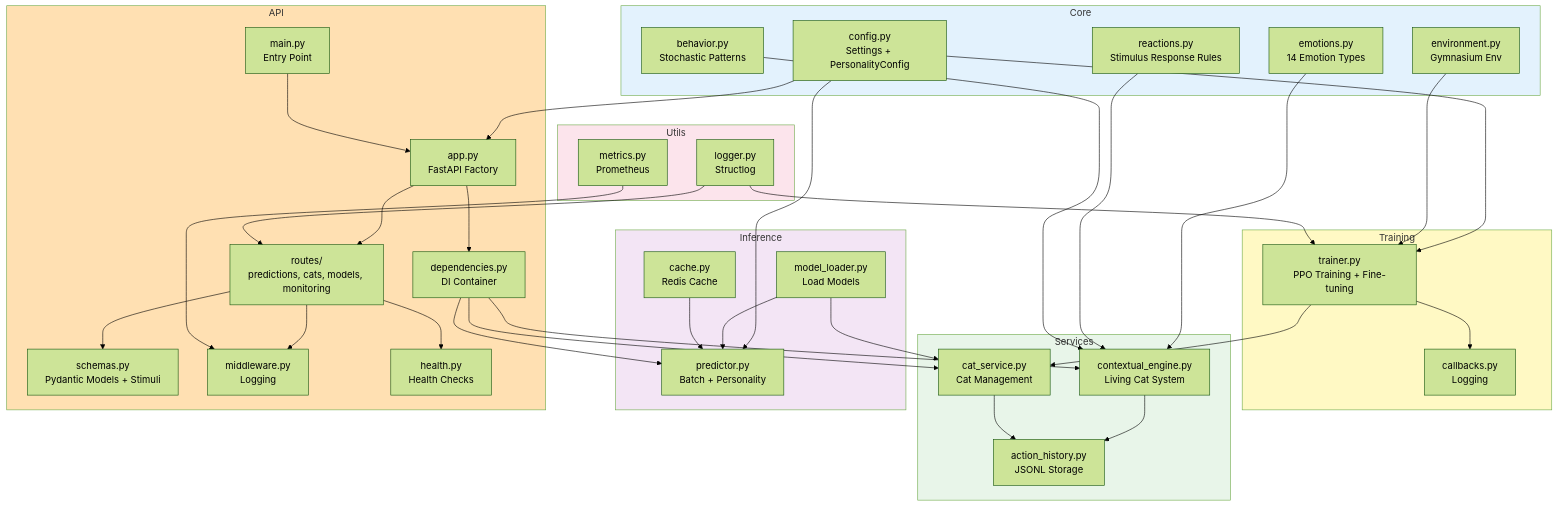
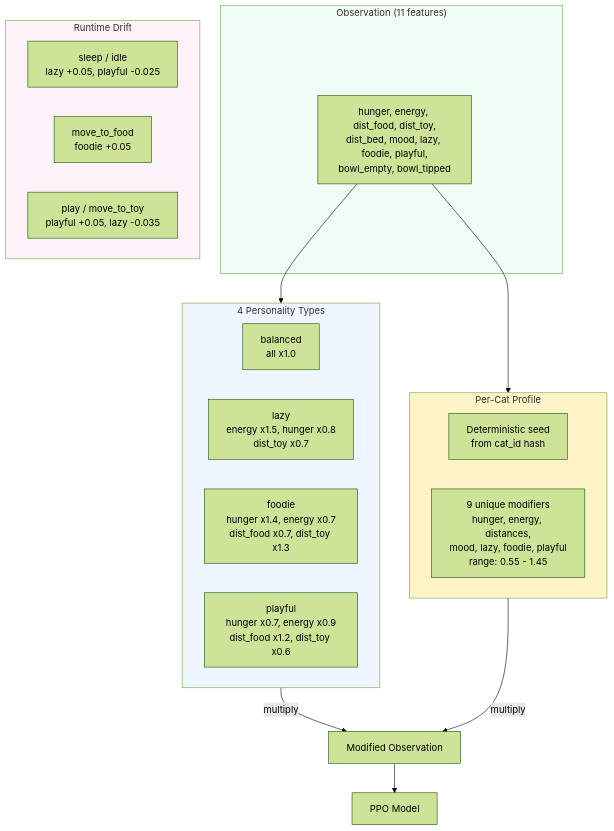
The fifth of 6 diagrams in README.md (tantaneity/cat-brain-service), drawn with Mermaid (forest theme) before and after one commit. The commit also changed other lines of this file, not shown here.

Commit message:
docs(readme): update architecture diagrams to match actual codebase

````diff
--- a/README.md
+++ b/README.md
@@ -311,82 +245,33 @@
 ```mermaid
 graph TD
-    subgraph Core
-        ENV[environment.py<br/>Gymnasium Env]
-        CONFIG[config.py<br/>Settings + PersonalityConfig]
-        EMOTIONS[emotions.py<br/>14 Emotion Types]
-        REACTIONS[reactions.py<br/>Stimulus Response Rules]
-        BEHAVIOR[behavior.py<br/>Stochastic Patterns]
+    subgraph InputObs["Observation (11 features)"]
+        OBS["hunger, energy, dist_food, dist_toy,<br/>dist_bed, mood, lazy, foodie, playful,<br/>bowl_empty, bowl_tipped"]
     end
-    
-    subgraph Training
-        TRAINER[trainer.py<br/>PPO Training + Fine-tuning]
-        CALLBACKS[callbacks.py<br/>Logging]
+
+    subgraph Types["4 Personality Types"]
+        BAL["balanced<br/>all x1.0"]
+        LAZ["lazy<br/>energy x1.5, hunger x0.8<br/>dist_toy x0.7"]
+        FOO["foodie<br/>hunger x1.4, energy x0.7<br/>dist_food x0.7, dist_toy x1.3"]
+        PLA["playful<br/>hunger x0.7, energy x0.9<br/>dist_food x1.2, dist_toy x0.6"]
     end
-    
-    subgraph Services
-        CAT_SERVICE[cat_service.py<br/>Cat Management]
-        CONTEXTUAL[contextual_engine.py<br/>Living Cat System]
-        ACTION_HIST[action_history.py<br/>JSONL Storage]
+
+    subgraph PerCat["Per-Cat Profile"]
+        SEED["Deterministic seed<br/>from cat_id hash"]
+        MODS["9 unique modifiers<br/>hunger, energy, distances,<br/>mood, lazy, foodie, playful<br/>range: 0.55 - 1.45"]
     end
-    
-    subgraph Inference
-        LOADER[model_loader.py<br/>Load Models]
-        PREDICTOR[predictor.py<br/>Batch + Personality]
-        CACHE_MOD[cache.py<br/>Redis Cache]
+
+    subgraph Drift["Runtime Drift"]
+        SLEEP_IDLE["sleep / idle<br/>lazy +0.05, playful -0.025"]
+        EAT["move_to_food<br/>foodie +0.05"]
+        PLAY_TOY["play / move_to_toy<br/>playful +0.05, lazy -0.035"]
     end
-    
-    subgraph API
-        MAIN[main.py<br/>Entry Point]
-        APP[app.py<br/>FastAPI Factory]
-        DEPS[dependencies.py<br/>DI Container]
-        ROUTES[routes/<br/>predictions, cats, models, monitoring]
-        SCHEMAS[schemas.py<br/>Pydantic Models + Stimuli]
-        MIDDLEWARE_MOD[middleware.py<br/>Logging]
-        HEALTH[health.py<br/>Health Checks]
-    end
-    
-    subgraph Utils
-        LOGGER[logger.py<br/>Structlog]
-        METRICS_MOD[metrics.py<br/>Prometheus]
-    end
-    
-    CONFIG --> TRAINER
-    CONFIG --> PREDICTOR
-    CONFIG --> APP
-    
-    ENV --> TRAINER
-    TRAINER --> CALLBACKS
-    TRAINER --> CAT_SERVICE
-    
-    EMOTIONS --> CONTEXTUAL
-    REACTIONS --> CONTEXTUAL
-    BEHAVIOR --> CONTEXTUAL
-    
-    LOADER --> PREDICTOR
-    LOADER --> CAT_SERVICE
-    CACHE_MOD --> PREDICTOR
-    
-    CONTEXTUAL --> ACTION_HIST
-    CAT_SERVICE --> ACTION_HIST
-    
-    MAIN --> APP
-    APP --> ROUTES
-    APP --> DEPS
-    DEPS --> PREDICTOR
-    DEPS --> CAT_SERVICE
-    DEPS --> CONTEXTUAL
-    ROUTES --> SCHEMAS
-    ROUTES --> MIDDLEWARE_MOD
-    ROUTES --> HEALTH
-    
-    LOGGER --> TRAINER
-    LOGGER --> ROUTES
-    METRICS_MOD --> MIDDLEWARE_MOD
-    
-    style Core fill:#e3f2fd
-    style Training fill:#fff9c4
-    style Services fill:#e8f5e9
-    style Inference fill:#f3e5f5
-    style API fill:#ffe0b2
-    style Utils fill:#fce4ec
+
+    OBS --> Types --> |"multiply"| MODIFIED[Modified Observation]
+    OBS --> PerCat --> |"multiply"| MODIFIED
+    MODIFIED --> MODEL[PPO Model]
+
+    style InputObs fill:#f0fdf4
+    style Types fill:#eff6ff
+    style PerCat fill:#fef3c7
+    style Drift fill:#fdf2f8
 ```
````
